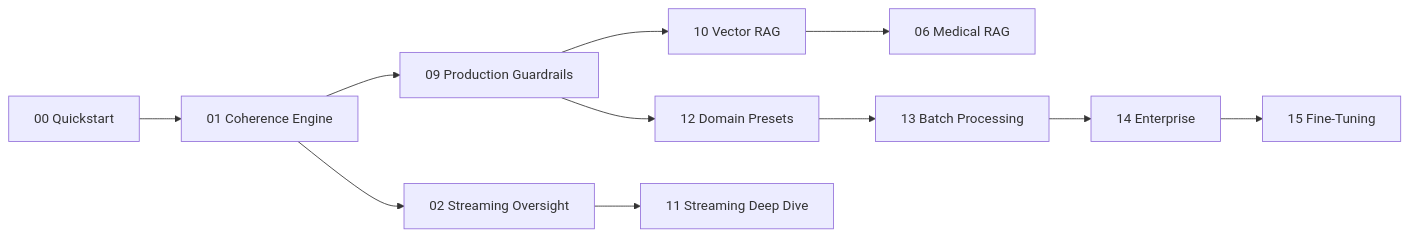
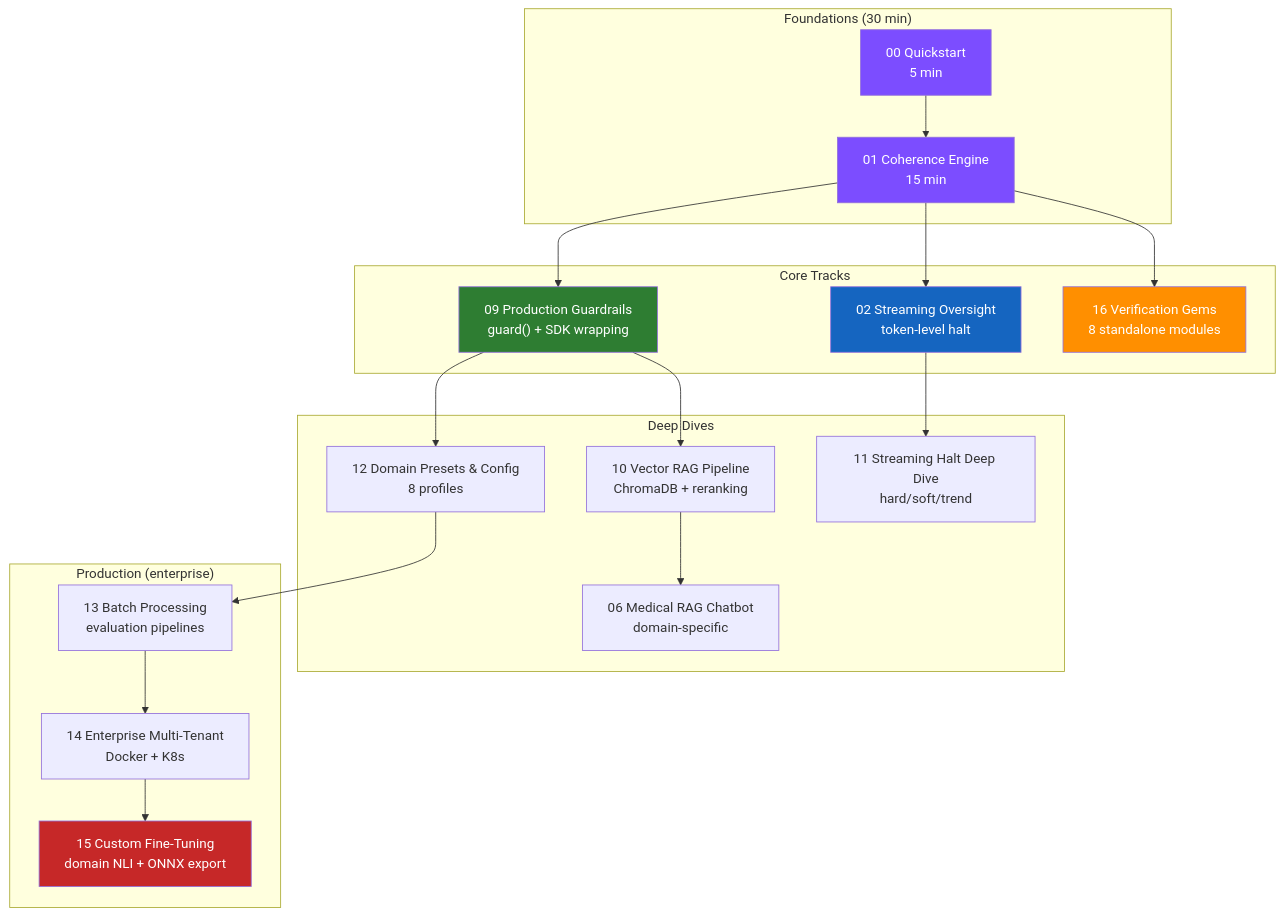
The diagram in docs-site/tutorials.md (anulum/director-ai), drawn with Mermaid before and after one commit. The commit also changed 24 other files, not shown here.

First line of the commit message:
docs: full documentation audit — fix inaccuracies, add diagrams, expand skeletons

````diff
--- a/docs-site/tutorials.md
+++ b/docs-site/tutorials.md
@@ -7,13 +7,32 @@
 ```mermaid
-graph LR
-    A[00 Quickstart] --> B[01 Coherence Engine]
-    B --> C[09 Production Guardrails]
-    B --> D[02 Streaming Oversight]
-    C --> E[10 Vector RAG]
-    C --> F[12 Domain Presets]
-    D --> G[11 Streaming Deep Dive]
-    E --> H[06 Medical RAG]
-    F --> I[13 Batch Processing]
-    I --> J[14 Enterprise]
-    J --> K[15 Fine-Tuning]
+graph TD
+    subgraph "Foundations (30 min)"
+        A["00 Quickstart<br/>5 min"] --> B["01 Coherence Engine<br/>15 min"]
+    end
+
+    subgraph "Core Tracks"
+        B --> C["09 Production Guardrails<br/>guard() + SDK wrapping"]
+        B --> D["02 Streaming Oversight<br/>token-level halt"]
+        B --> V["16 Verification Gems<br/>8 standalone modules"]
+    end
+
+    subgraph "Deep Dives"
+        C --> E["10 Vector RAG Pipeline<br/>ChromaDB + reranking"]
+        C --> F["12 Domain Presets & Config<br/>8 profiles"]
+        D --> G["11 Streaming Halt Deep Dive<br/>hard/soft/trend"]
+        E --> H["06 Medical RAG Chatbot<br/>domain-specific"]
+    end
+
+    subgraph "Production (enterprise)"
+        F --> I["13 Batch Processing<br/>evaluation pipelines"]
+        I --> J["14 Enterprise Multi-Tenant<br/>Docker + K8s"]
+        J --> K["15 Custom Fine-Tuning<br/>domain NLI + ONNX export"]
+    end
+
+    style A fill:#7c4dff,color:#fff
+    style B fill:#7c4dff,color:#fff
+    style C fill:#2e7d32,color:#fff
+    style D fill:#1565c0,color:#fff
+    style V fill:#ff8f00,color:#fff
+    style K fill:#c62828,color:#fff
 ```
````
